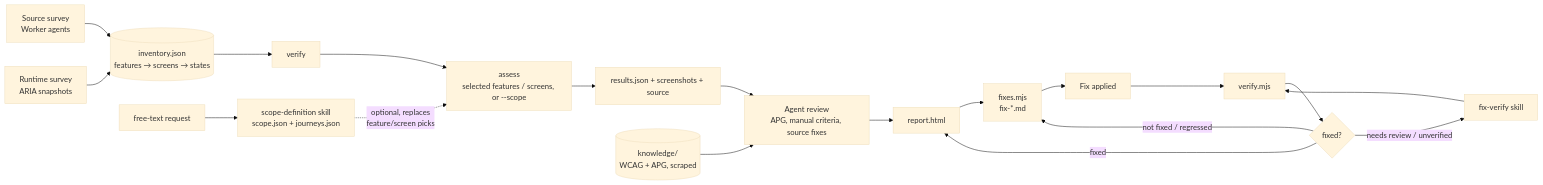
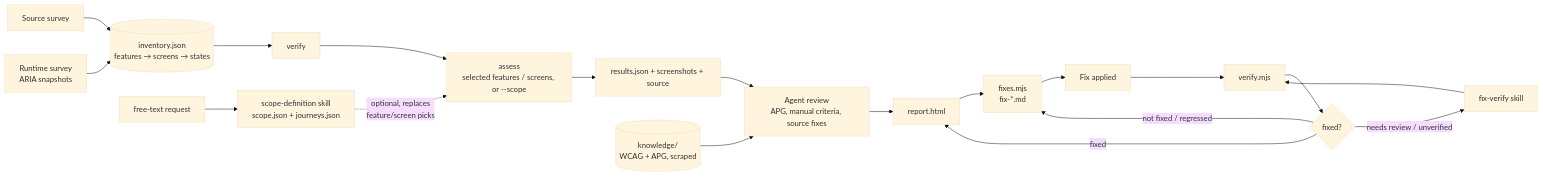
One commit to jurokapsiar/acc-assess changed the first of 2 diagrams in README.md. Above: the diagram before and after it, drawn with Mermaid (base theme). The commit also changed other lines of this file and 7 other files, not shown here.

Commit message:
Clarify installation, review workflows, and noninteractive scope replay

````diff
--- a/README.md
+++ b/README.md
@@ -29,20 +29,20 @@
 ```mermaid
 flowchart LR
-    A[Source survey<br/>Worker agents] --> C
-    B[Runtime survey<br/>ARIA snapshots] --> C
-    C[(inventory.json<br/>features → screens → states)] --> D[verify]
-    S[free-text request] --> T[scope-definition skill<br/>scope.json + journeys.json]
-    T -.optional, replaces<br/>feature/screen picks.-> E
-    D --> E[assess<br/>selected features / screens, or --scope]
-    E --> F[results.json + screenshots + source]
-    G[(knowledge/<br/>WCAG + APG, scraped)] --> H
-    F --> H[Agent review<br/>APG, manual criteria, source fixes]
-    H --> I[report.html]
-    I --> J[fixes.mjs<br/>fix-*.md]
-    J --> K[Fix applied] --> L[verify.mjs]
-    L --> M{fixed?}
-    M -->|needs review / unverified| N[fix-verify skill]
+    A["Source survey"] --> C
+    B["Runtime survey<br/>ARIA snapshots"] --> C
+    C[("inventory.json<br/>features → screens → states")] --> D["verify"]
+    S["free-text request"] --> T["scope-definition skill<br/>scope.json + journeys.json"]
+    T -."optional, replaces<br/>feature/screen picks".-> E
+    D --> E["assess<br/>selected features / screens, or --scope"]
+    E --> F["results.json + screenshots + source"]
+    G[("knowledge/<br/>WCAG + APG, scraped")] --> H
+    F --> H["Agent review<br/>APG, manual criteria, source fixes"]
+    H --> I["report.html"]
+    I --> J["fixes.mjs<br/>fix-*.md"]
+    J --> K["Fix applied"] --> L["verify.mjs"]
+    L --> M{"fixed?"}
+    M -->|"needs review / unverified"| N["fix-verify skill"]
     N --> L
-    M -->|not fixed / regressed| J
-    M -->|fixed| I
+    M -->|"not fixed / regressed"| J
+    M -->|"fixed"| I
 ```
````
